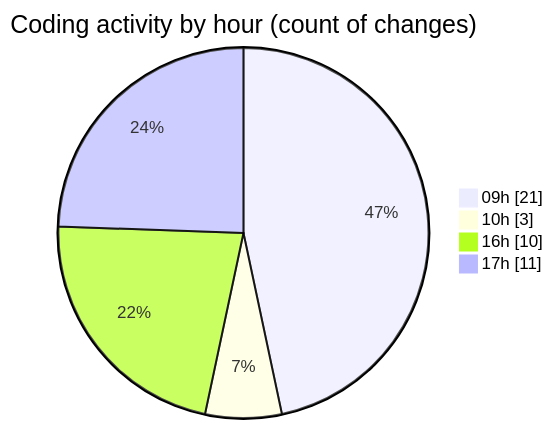
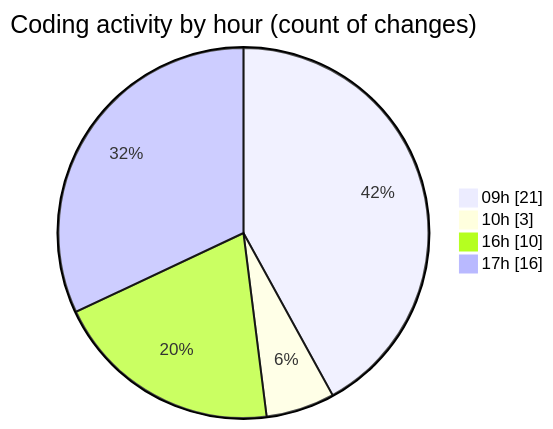
One commit to momahboobian/code-tracking changed the second of 2 diagrams in 2025-12-17/cda/README.md. Above: the diagram before and after it, drawn with Mermaid. The commit also changed other lines of this file and 1 other file, not shown here.

````diff
--- a/2025-12-17/cda/README.md
+++ b/2025-12-17/cda/README.md
@@ -53,8 +53,8 @@
 ```mermaid
 pie showData
 title Coding activity by hour (count of changes)
 "09h" : 21
 "10h" : 3
 "16h" : 10
-"17h" : 11
+"17h" : 16
 ```
````
